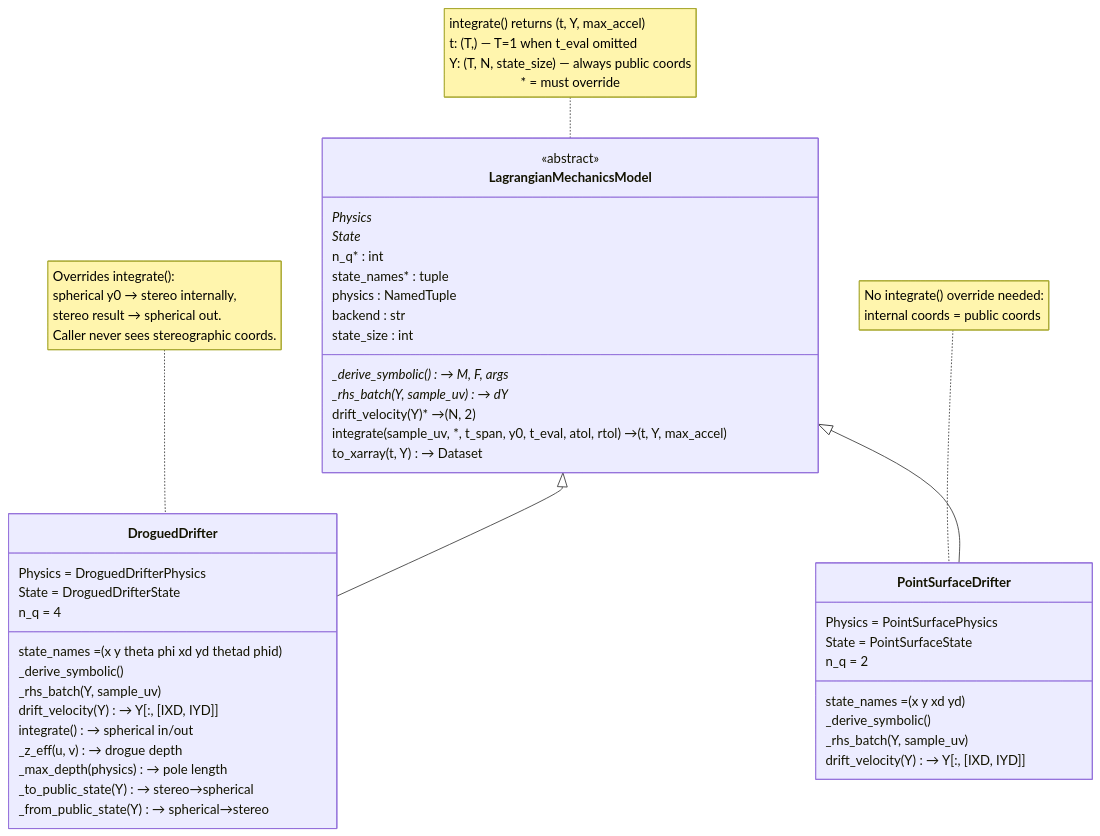
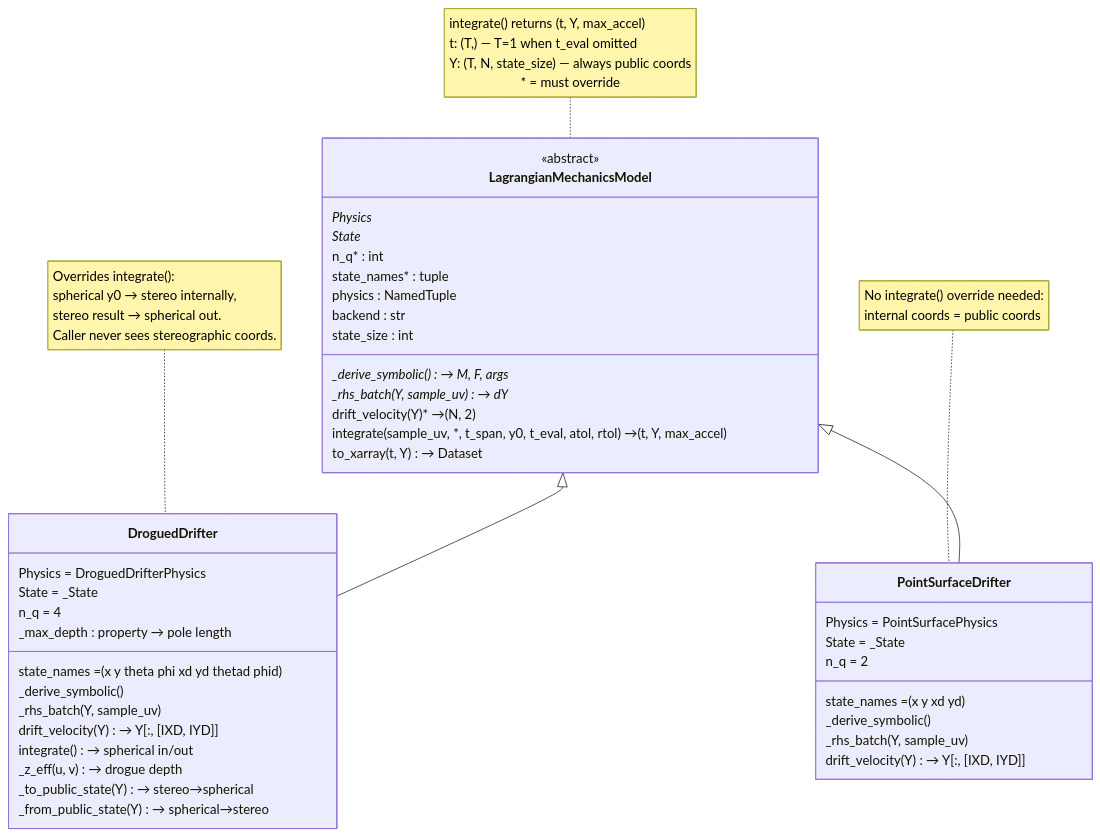
The first of 2 diagrams in docs/class-diagram.md (geomar-od-lagrange/mechanical_drifters), drawn with Mermaid before and after one commit. The commit also changed other lines of this file and 24 other files, not shown here.

````diff
--- a/docs/class-diagram.md
+++ b/docs/class-diagram.md
@@ -6,58 +6,58 @@
 ```mermaid
 classDiagram
     direction TB
 
     class LagrangianMechanicsModel {
         <<abstract>>
         Physics*
         State*
         n_q* : int
         state_names* : tuple
         physics : NamedTuple
         backend : str
         state_size : int
         _derive_symbolic()* → M, F, args
         _rhs_batch(Y, sample_uv)* → dY
         drift_velocity(Y)* → (N, 2)
         integrate(sample_uv, *, t_span, y0, t_eval, atol, rtol) → (t, Y, max_accel)
         to_xarray(t, Y) → Dataset
     }
     note for LagrangianMechanicsModel "integrate() returns (t, Y, max_accel)
 t: (T,) — T=1 when t_eval omitted
 Y: (T, N, state_size) — always public coords
 * = must override"
 
     class DroguedDrifter {
         Physics = DroguedDrifterPhysics
-        State = DroguedDrifterState
+        State = _State
         n_q = 4
         state_names = (x y theta phi xd yd thetad phid)
         _derive_symbolic()
         _rhs_batch(Y, sample_uv)
         drift_velocity(Y) → Y[:, [IXD, IYD]]
         integrate() → spherical in/out
         _z_eff(u, v) → drogue depth
-        _max_depth(physics) → pole length
+        _max_depth : property → pole length
         _to_public_state(Y) → stereo→spherical
         _from_public_state(Y) → spherical→stereo
     }
     note for DroguedDrifter "Overrides integrate():
 spherical y0 → stereo internally,
 stereo result → spherical out.
 Caller never sees stereographic coords."
 
     class PointSurfaceDrifter {
         Physics = PointSurfacePhysics
-        State = PointSurfaceState
+        State = _State
         n_q = 2
         state_names = (x y xd yd)
         _derive_symbolic()
         _rhs_batch(Y, sample_uv)
         drift_velocity(Y) → Y[:, [IXD, IYD]]
     }
     note for PointSurfaceDrifter "No integrate() override needed:
 internal coords = public coords"
 
     LagrangianMechanicsModel <|-- DroguedDrifter
     LagrangianMechanicsModel <|-- PointSurfaceDrifter
 ```
````
